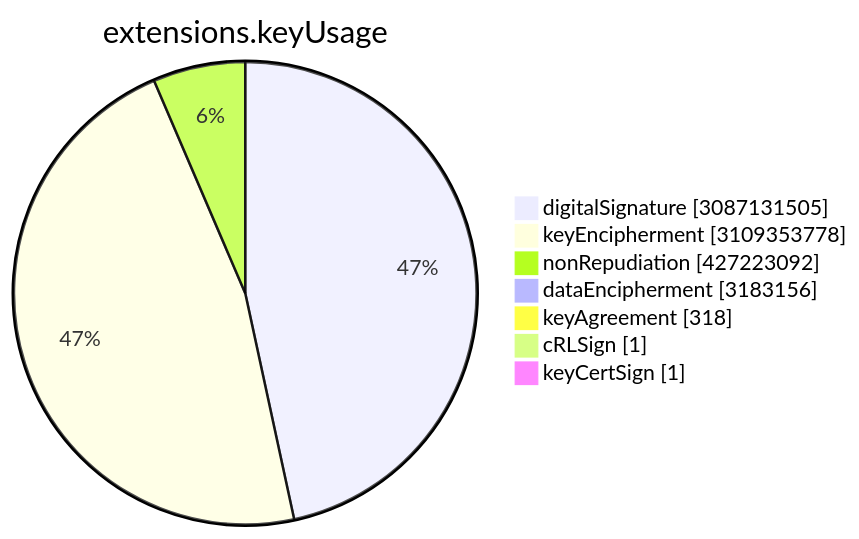
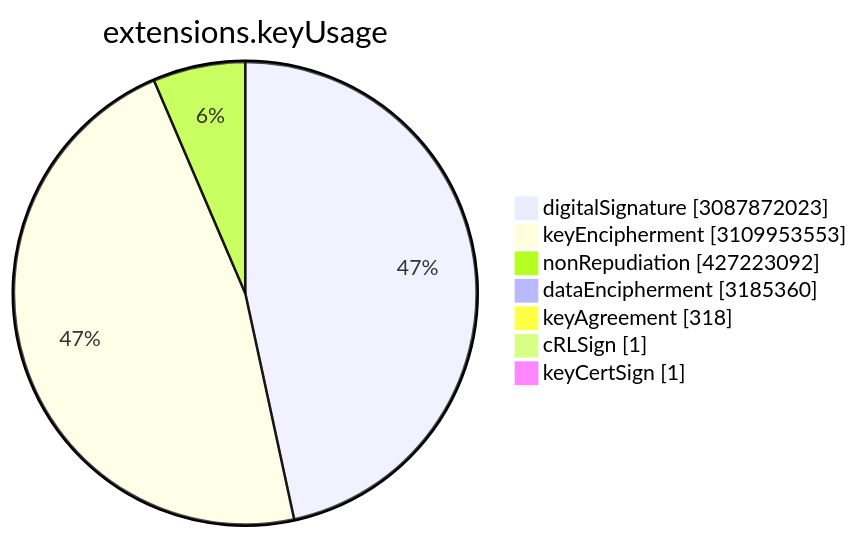
The sixth of 15 diagrams in TOTAL/README.md (christiankrug/ctmonitor_visualization), drawn with Mermaid before and after one commit. The commit also changed other lines of this file, not shown here.

````diff
--- a/TOTAL/README.md
+++ b/TOTAL/README.md
@@ -3075,11 +3075,11 @@
 ```mermaid
 pie showData
 title extensions.keyUsage
-"digitalSignature" :3087131505
-"keyEncipherment" :3109353778
+"digitalSignature" :3087872023
+"keyEncipherment" :3109953553
 "nonRepudiation" :427223092
-"dataEncipherment" :3183156
+"dataEncipherment" :3185360
 "keyAgreement" :318
 "cRLSign" :1
 "keyCertSign" :1
 ```
````
